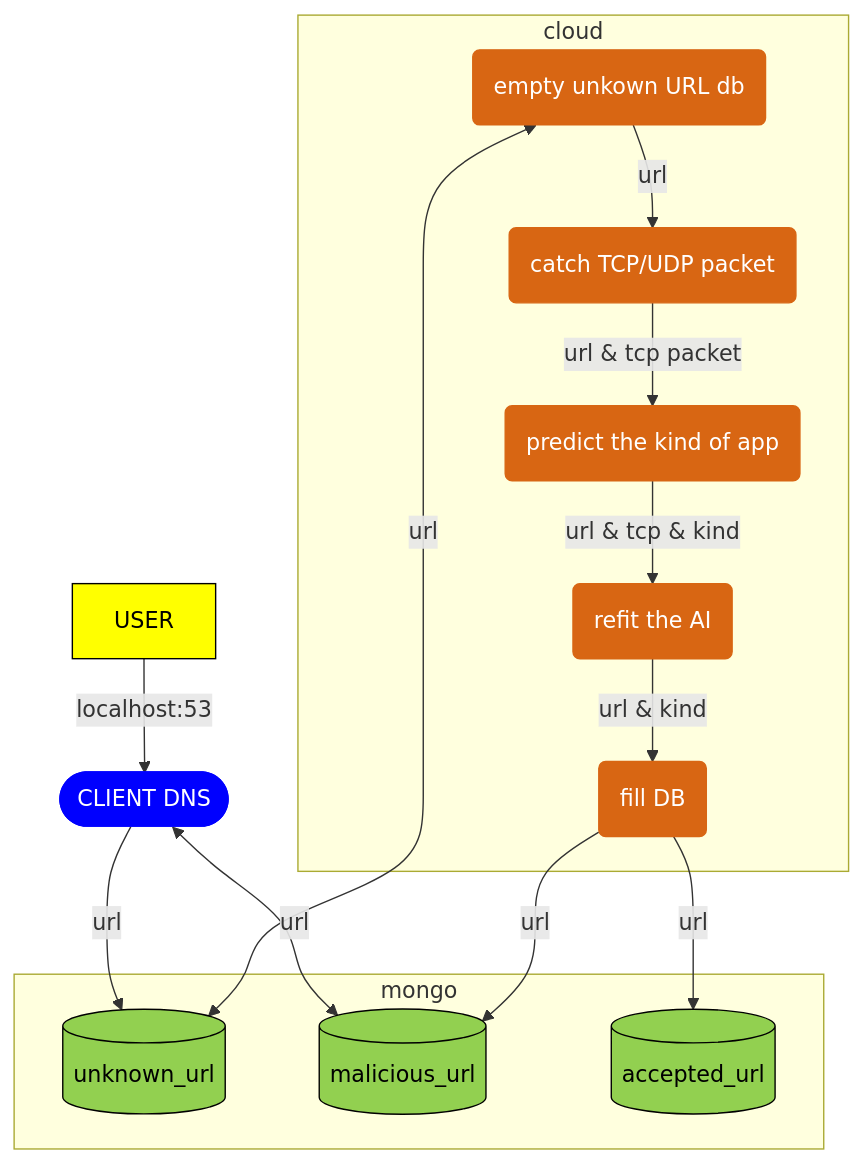
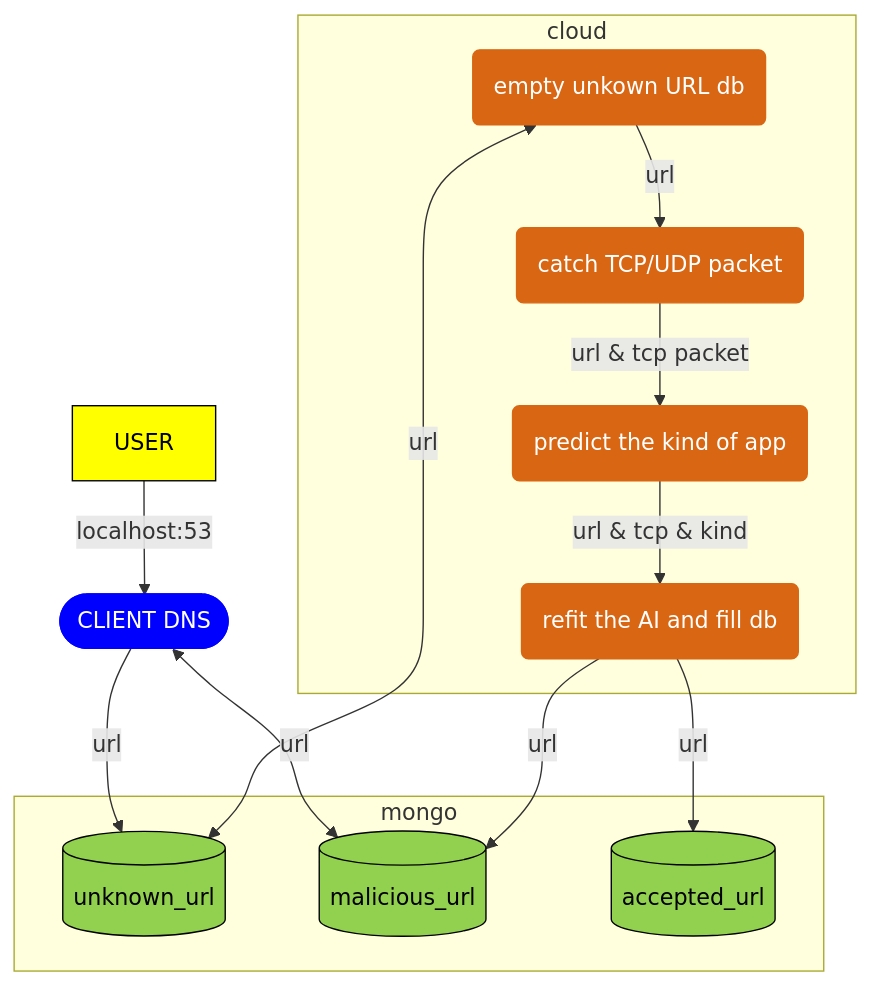
One commit to maaelle/architecture_network_analysis changed the first of 5 diagrams in README.md. Above: the diagram before and after it, drawn with Mermaid. The commit also changed 4 other files, not shown here.

````diff
--- a/README.md
+++ b/README.md
@@ -29,48 +29,46 @@
 ```mermaid
 flowchart TB
 
 CLI([CLIENT DNS])
 
 DB1[(unknown_url)]
 DB2[(malicious_url)]
 DB3[(accepted_url)]
 
 L1(empty unkown URL db)
 L2(catch TCP/UDP packet)
 L3(predict the kind of app)
-L4(refit the AI)
-L5(fill DB)
+L4(refit the AI and fill db)
 
 USER --> |localhost:53| CLI
 
 CLI --> |url| DB1
 CLI <--> |url| DB2
 L1 <--> |url| DB1
 
-L5 --> |url| DB2
-L5 --> |url| DB3
+L4 --> |url| DB2
+L4 --> |url| DB3
 
 subgraph cloud 
-    L1 --> |url| L2 --> |url & tcp packet| L3 --> |url & tcp & kind| L4 --> |url & kind| L5
+    L1 --> |url| L2 --> |url & tcp packet| L3 --> |url & tcp & kind| L4
 end
 
 subgraph mongo
     DB1
     DB2
     DB3
 end
 
 style DB1 fill:#92D050,color:black,stroke:black
 style DB2 fill:#92D050,color:black,stroke:black
 style DB3 fill:#92D050,color:black,stroke:black
 
 style L1 fill:#D86613,color:white,stroke:#D86613
 style L2 fill:#D86613,color:white,stroke:#D86613
 style L3 fill:#D86613,color:white,stroke:#D86613
 style L4 fill:#D86613,color:white,stroke:#D86613
-style L5 fill:#D86613,color:white,stroke:#D86613
 
 style CLI fill:blue,color:white,stroke:blue
 
 style USER fill:yellow,color:black,stroke:black
 ```
````
